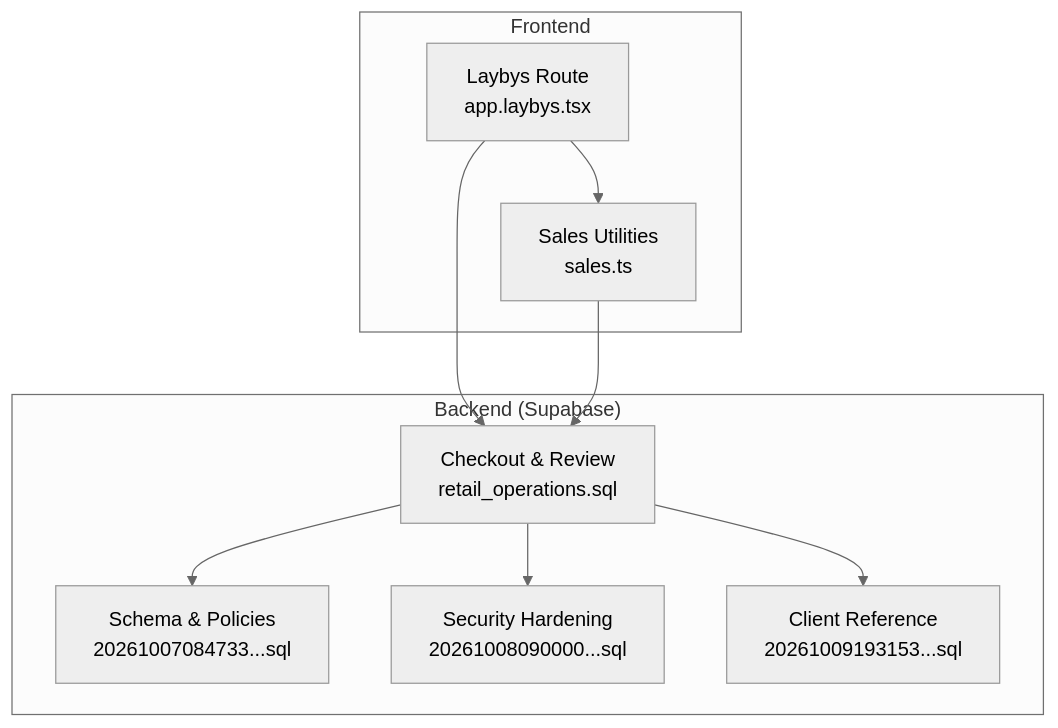
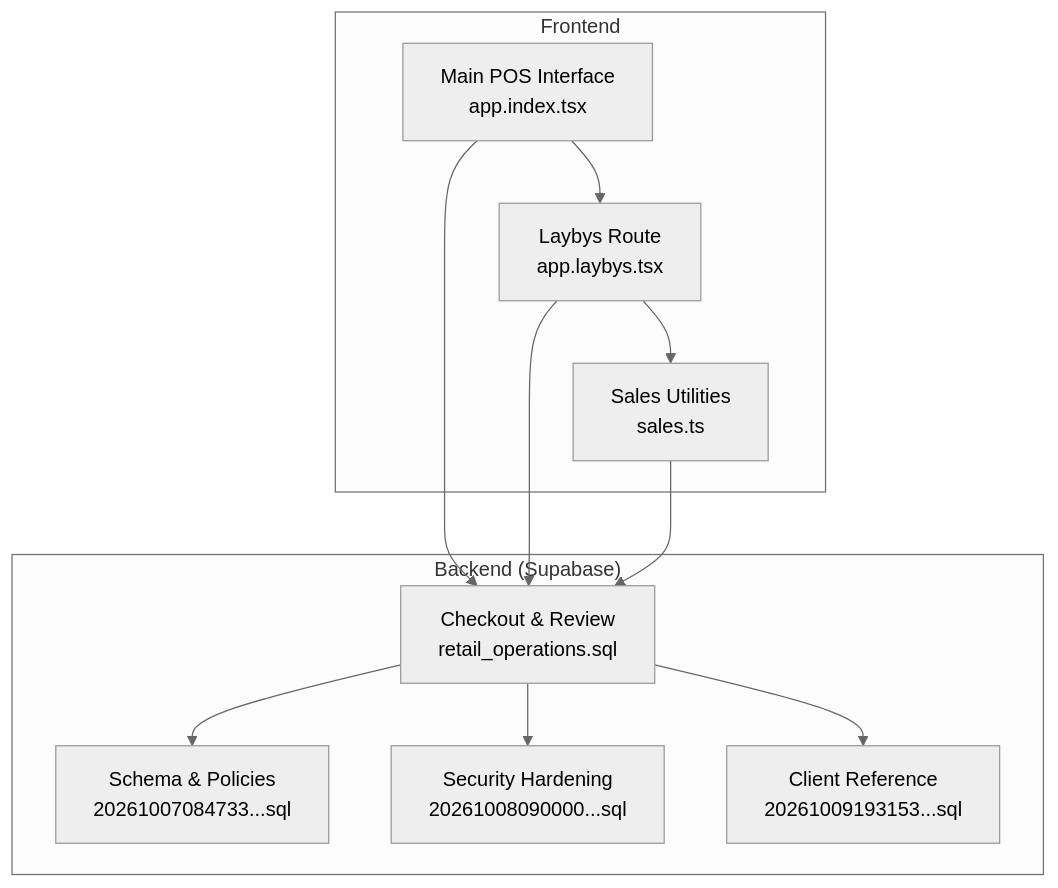
The first of 6 diagrams in .qoder/repowiki/en/content/Point of Sale System/Transaction Workflows/Layby Order Management.md (themclloyd/storq), drawn with Mermaid (neutral theme) before and after one commit. The commit also changed other lines of this file and 27 other files, not shown here.

````diff
--- a/.qoder/repowiki/en/content/Point of Sale System/Transaction Workflows/Layby Order Management.md
+++ b/.qoder/repowiki/en/content/Point of Sale System/Transaction Workflows/Layby Order Management.md
@@ -34,19 +43,22 @@
 ```mermaid
 graph TB
 subgraph "Frontend"
 L["Laybys Route<br/>app.laybys.tsx"]
+POS["Main POS Interface<br/>app.index.tsx"]
 S["Sales Utilities<br/>sales.ts"]
 end
 subgraph "Backend (Supabase)"
 Ck["Checkout & Review<br/>retail_operations.sql"]
 Sch["Schema & Policies<br/>20261007084733...sql"]
 Sec["Security Hardening<br/>20261008090000...sql"]
 Ref["Client Reference<br/>20261009193153...sql"]
 end
 L --> S
+POS --> L
+POS --> Ck
 L --> Ck
 S --> Ck
 Ck --> Sch
 Ck --> Sec
 Ck --> Ref
 ```
````
